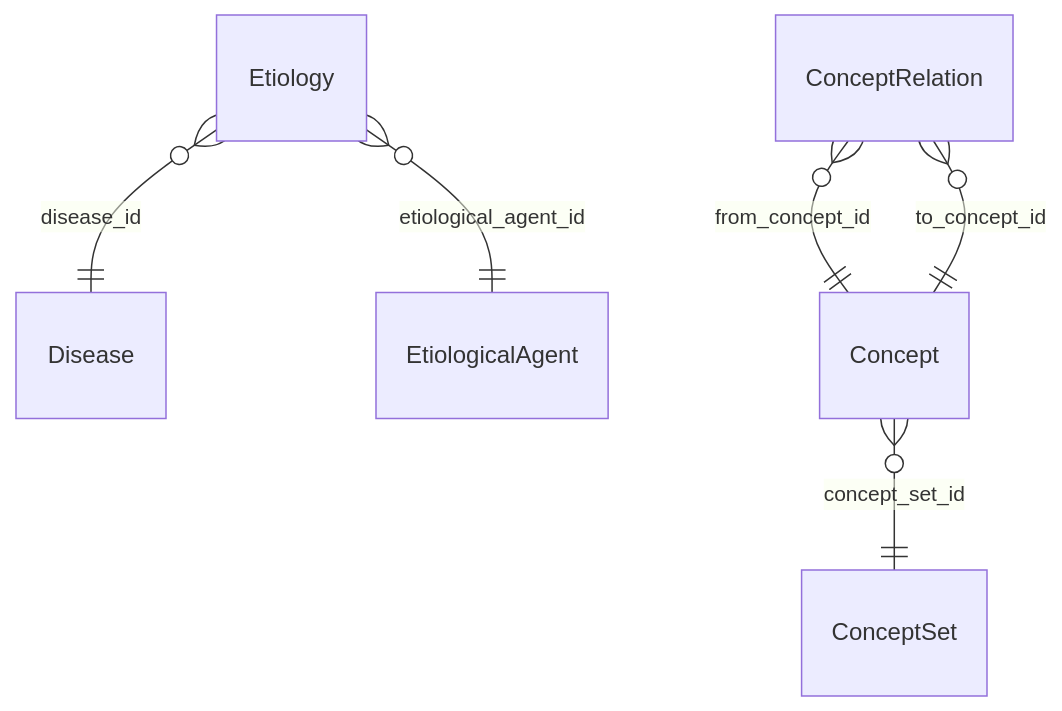
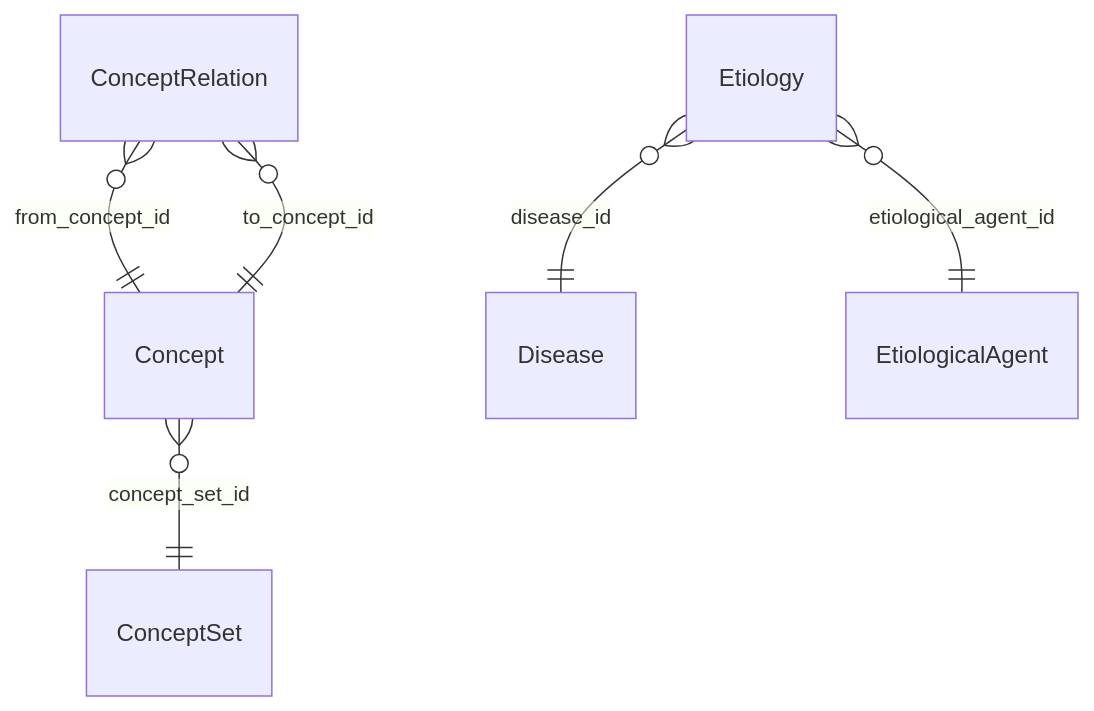
One commit to RIVM-bioinformatics/gen-epix-api changed the diagram in docs/erm/casedb.ontology.md. Above: the diagram before and after it, drawn with Mermaid. The commit also changed other lines of this file and 186 other files, not shown here.

````diff
--- a/docs/erm/casedb.ontology.md
+++ b/docs/erm/casedb.ontology.md
@@ -5,12 +5,12 @@
 ```mermaid
 erDiagram
     %% casedb / ONTOLOGY (simplified)
 
     %% Relationships
-    Etiology }o--|| Disease : "disease_id"
-    Etiology }o--|| EtiologicalAgent : "etiological_agent_id"
     ConceptRelation }o--|| Concept : "from_concept_id"
     ConceptRelation }o--|| Concept : "to_concept_id"
     Concept }o--|| ConceptSet : "concept_set_id"
+    Etiology }o--|| Disease : "disease_id"
+    Etiology }o--|| EtiologicalAgent : "etiological_agent_id"
 
 ```
````
